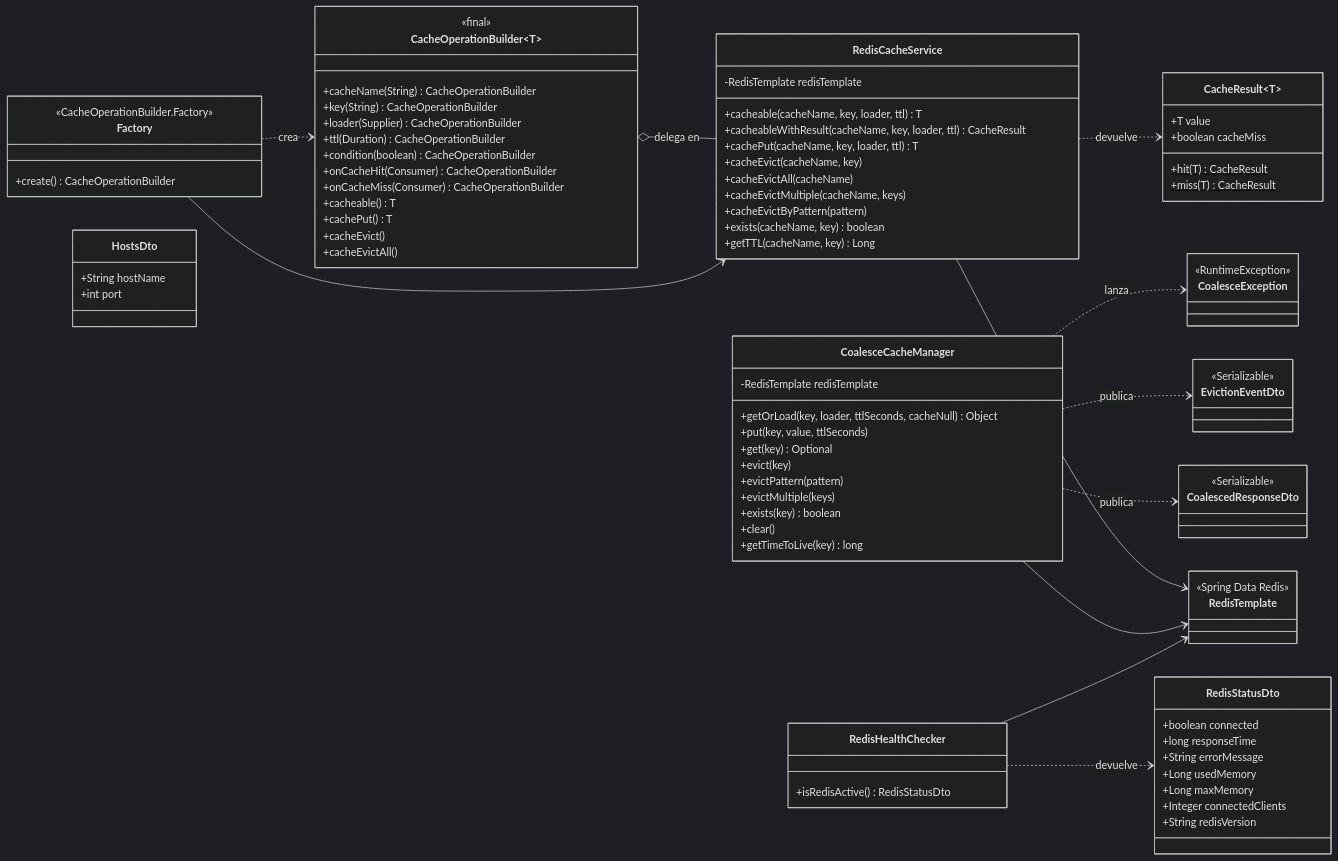
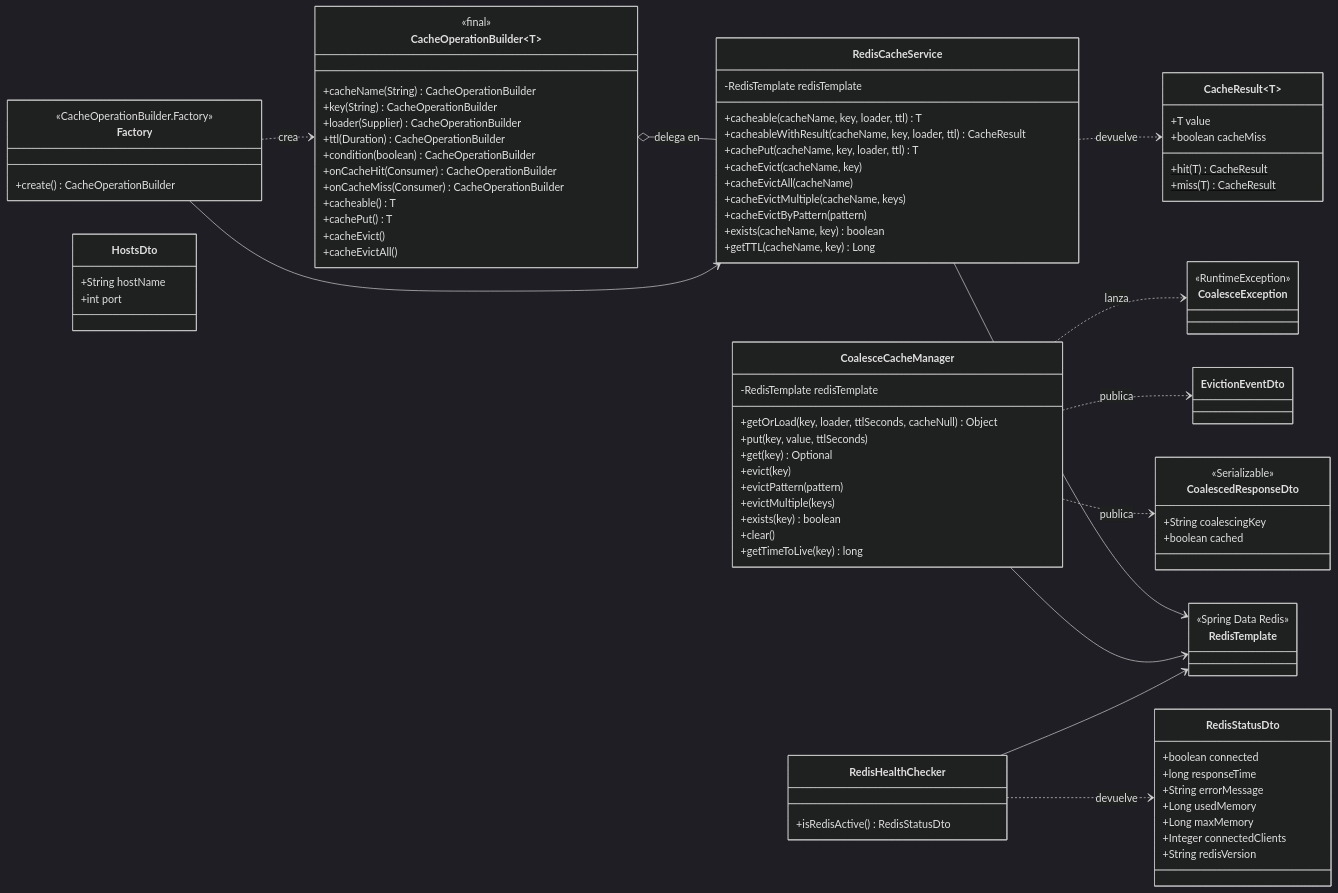
Before and after one commit to programming0026/sbj-util-redis-annotation: the third of 9 diagrams in sbj-util-redis/README.md, drawn with Mermaid (dark theme). The commit also changed other lines of this file and 71 other files, not shown here.

```diff
--- a/sbj-util-redis/README.md
+++ b/sbj-util-redis/README.md
@@ -1029,9 +1187,8 @@
     }
     class CoalescedResponseDto {
         <<Serializable>>
-    }
-    class EvictionEventDto {
-        <<Serializable>>
+        +String coalescingKey
+        +boolean cached
     }
     class RedisStatusDto {
         +boolean connected
```
